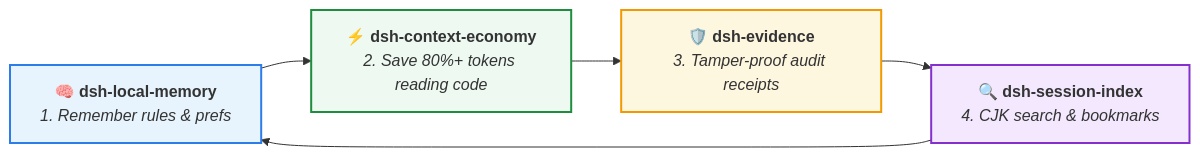
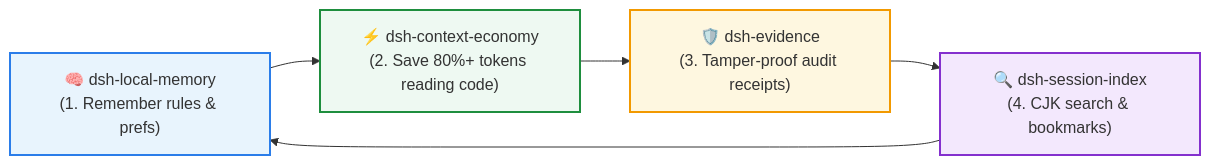
The diagram in README.md (huangjua/dsh-session-index), drawn with Mermaid before and after one commit. The commit also changed 1 other file, not shown here.

Commit message:
docs: fix Mermaid syntax for GitHub renderer

````diff
--- a/README.md
+++ b/README.md
@@ -51,13 +51,12 @@
 ```mermaid
-graph LR
-    M["🧠 <b>dsh-local-memory</b><br/><i>1. Remember rules & prefs</i>"] 
-    --> E["⚡ <b>dsh-context-economy</b><br/><i>2. Save 80%+ tokens reading code</i>"]
-    --> A["🛡️ <b>dsh-evidence</b><br/><i>3. Tamper-proof audit receipts</i>"]
-    --> S["🔍 <b>dsh-session-index</b><br/><i>4. CJK search & bookmarks</i>"]
-    --> M
+flowchart LR
+    M["🧠 dsh-local-memory<br>(1. Remember rules & prefs)"] --> E["⚡ dsh-context-economy<br>(2. Save 80%+ tokens reading code)"]
+    E --> A["🛡️ dsh-evidence<br>(3. Tamper-proof audit receipts)"]
+    A --> S["🔍 dsh-session-index<br>(4. CJK search & bookmarks)"]
+    S --> M
 
-    style M fill:#e8f4fd,stroke:#2b7de9,stroke-width:2px;
-    style E fill:#eef9f2,stroke:#1e8e3e,stroke-width:2px;
-    style A fill:#fef7e0,stroke:#f29900,stroke-width:2px;
-    style S fill:#f3e8fd,stroke:#8430ce,stroke-width:2px;
+    style M fill:#e8f4fd,stroke:#2b7de9,stroke-width:2px
+    style E fill:#eef9f2,stroke:#1e8e3e,stroke-width:2px
+    style A fill:#fef7e0,stroke:#f29900,stroke-width:2px
+    style S fill:#f3e8fd,stroke:#8430ce,stroke-width:2px
 ```
````
